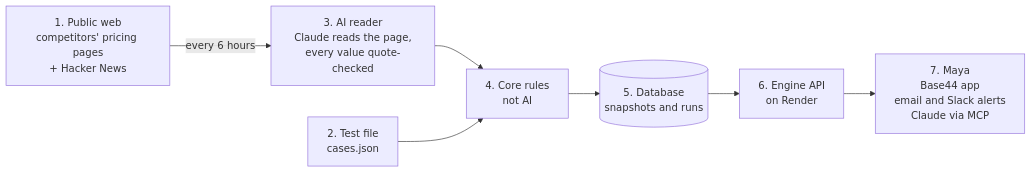
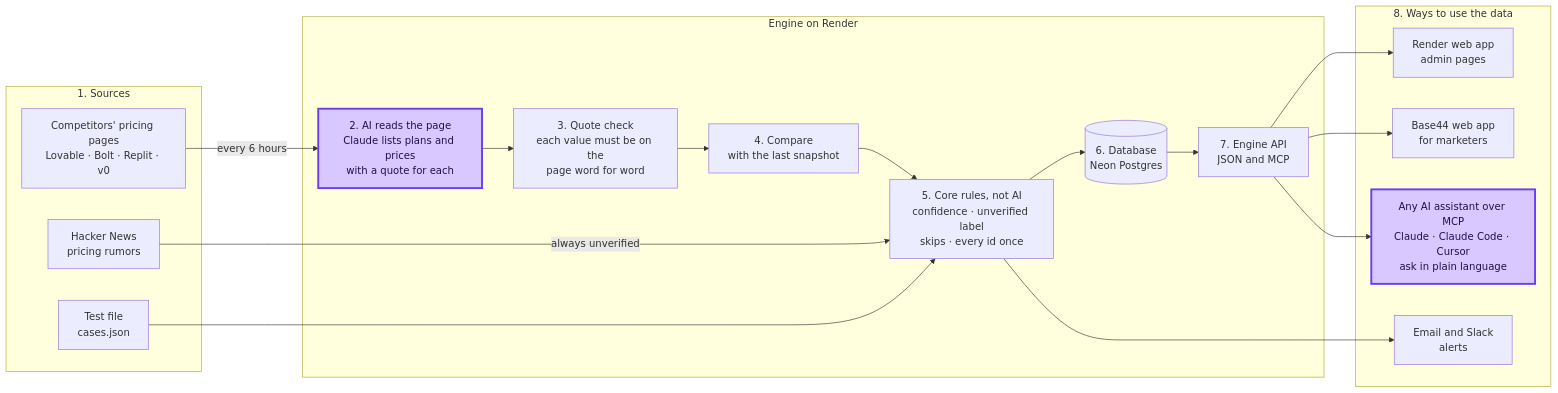
One commit to bermanguy/brightloop-ai-marketing-builder changed the first of 2 diagrams in README.md. Above: the diagram before and after it, drawn with Mermaid. The commit also changed other lines of this file and 2 other files, not shown here.

Commit message:
README: richer big-picture diagram; D38 records where and why AI is used
The big-picture diagram now shows the AI step and its quote check as
separate nodes (AI steps in purple), and each way to use the data as its
own node: Render admin pages, Base44 app, email and Slack, and any AI
assistant over MCP. D38 records the two places AI is used and replaces
D13's line that AI judges changes and writes recommendations;
docs/architecture.md's AI table now matches.

Claude-Session: https://claude.ai/code/session_014JJ5cd8SedKeEwwMhGCJJS

````diff
--- a/README.md
+++ b/README.md
@@ -27,14 +27,34 @@
 ```mermaid
 flowchart LR
-    web["1. Public web<br/>competitors' pricing pages<br/>+ Hacker News"]
-    test["2. Test file<br/>cases.json"]
-    reader["3. AI reader<br/>Claude reads the page,<br/>every value quote-checked"]
-    core["4. Core rules<br/>not AI"]
-    db[("5. Database<br/>snapshots and runs")]
-    api["6. Engine API<br/>on Render"]
-    maya["7. Maya<br/>Base44 app<br/>email and Slack alerts<br/>Claude via MCP"]
+    subgraph sources["1. Sources"]
+        pages["Competitors' pricing pages<br/>Lovable · Bolt · Replit · v0"]
+        hn["Hacker News<br/>pricing rumors"]
+        test["Test file<br/>cases.json"]
+    end
 
-    web -->|"every 6 hours"| reader --> core
+    subgraph engine["Engine on Render"]
+        reader["2. AI reads the page<br/>Claude lists plans and prices<br/>with a quote for each"]
+        check["3. Quote check<br/>each value must be on the<br/>page word for word"]
+        compare["4. Compare<br/>with the last snapshot"]
+        core["5. Core rules, not AI<br/>confidence · unverified label<br/>skips · every id once"]
+        db[("6. Database<br/>Neon Postgres")]
+        api["7. Engine API<br/>JSON and MCP"]
+    end
+
+    subgraph use["8. Ways to use the data"]
+        admin["Render web app<br/>admin pages"]
+        b44["Base44 web app<br/>for marketers"]
+        alerts["Email and Slack<br/>alerts"]
+        assistant["Any AI assistant over MCP<br/>Claude · Claude Code · Cursor<br/>ask in plain language"]
+    end
+
+    pages -->|"every 6 hours"| reader --> check --> compare --> core
+    hn -->|"always unverified"| core
     test --> core
-    core --> db --> api --> maya
+    core --> db --> api
+    core --> alerts
+    api --> admin & b44 & assistant
+
+    classDef aiStep fill:#d9c8ff,stroke:#6a3df0,stroke-width:3px,color:#1e0f4d
+    class reader,assistant aiStep
 ```
````
